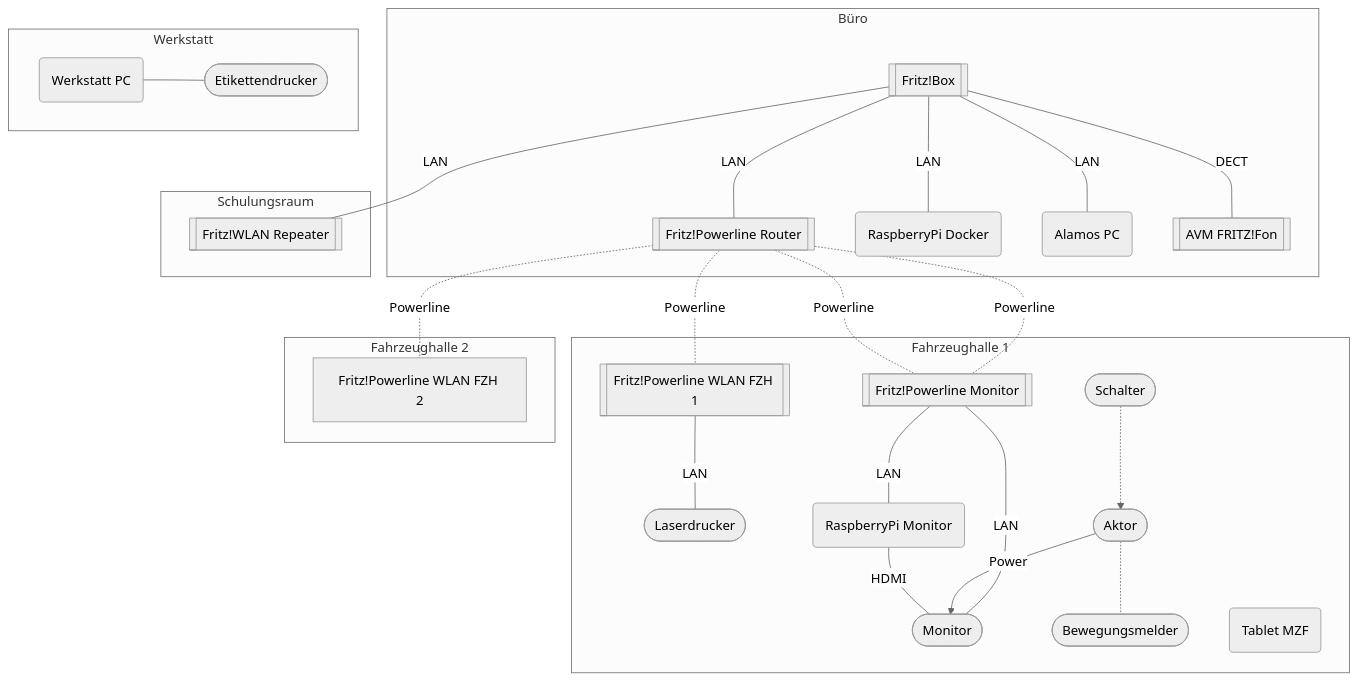
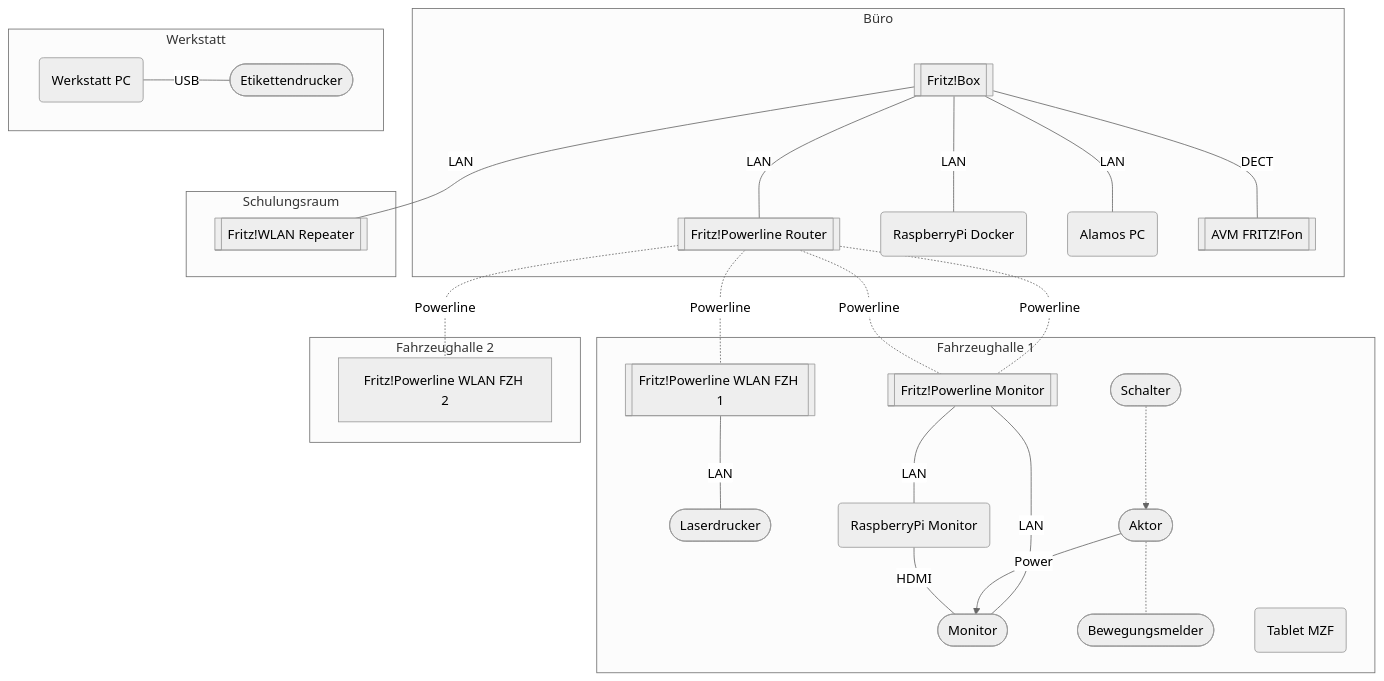
One commit to FFW-Baudenbach/FE2_Documentation changed the diagram in docs/Dokumentation/Hardware/Netzwerk.md. Above: the diagram before and after it, drawn with Mermaid (neutral theme).

Commit message:
Minor diagram

````diff
--- a/docs/Dokumentation/Hardware/Netzwerk.md
+++ b/docs/Dokumentation/Hardware/Netzwerk.md
@@ -5,64 +5,64 @@
 ```mermaid
 graph TD
 
     subgraph buero[Büro]
         router[[Fritz!Box]]
         pwl-rt[[Fritz!Powerline Router]]
         rpidoc(RaspberryPi Docker)
         fe2pc(Alamos PC)
         phone[[AVM FRITZ!Fon]]
         
         router---|LAN|pwl-rt
         router---|LAN|rpidoc
         router---|LAN|fe2pc
         router---|DECT|phone
     end
     
     subgraph schulungsraum[Schulungsraum]
         wlanrep[[Fritz!WLAN Repeater]]
         router---|LAN|wlanrep
     end
     
     subgraph werkstatt[Werkstatt]
         fmpc(Werkstatt PC)
         labelprinter([Etikettendrucker])
         
-        fmpc---labelprinter
+        fmpc---|USB|labelprinter
     end
     
     subgraph fzh1[Fahrzeughalle 1]
         pwl-fzh1[[Fritz!Powerline WLAN FZH 1]]
         pwl-mon[[Fritz!Powerline Monitor]]
         printer([Laserdrucker])
         monitor([Monitor])
         actor([Aktor])
         motion([Bewegungsmelder])
         plug([Schalter])
         rpimon(RaspberryPi Monitor)
         tablet(Tablet MZF)
 
        %% router---pwl-fzh1
        %% router---pwl-fzh2
        %% router---pwl-mon
 
         pwl-fzh1---|LAN|printer
         
         pwl-mon---|LAN|monitor
         pwl-mon---|LAN|rpimon
         
         plug-.->actor--Power-->monitor
         rpimon---|HDMI|monitor
         actor-.-motion
 
     end
     
     subgraph fzh2[Fahrzeughalle 2]
         pwl-fzh2[Fritz!Powerline WLAN FZH 2]
     end
     
     pwl-rt-.-|Powerline|pwl-mon
     pwl-rt-.-|Powerline|pwl-fzh1
     pwl-rt-.-|Powerline|pwl-fzh2
     pwl-rt-.-|Powerline|pwl-mon
     
 ```
````
